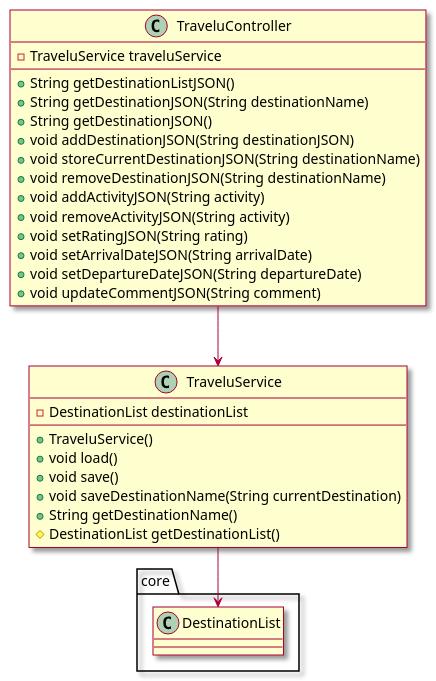
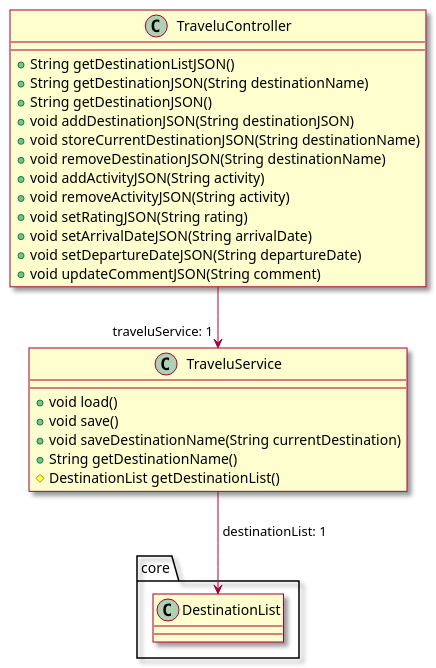
The diagram in docs/classDiagramRest.puml (tbwiik/Travelu), drawn with PlantUML before and after one commit. The commit also changed 3 other files, not shown here.

```diff
--- a/docs/classDiagramRest.puml
+++ b/docs/classDiagramRest.puml
@@ -1,36 +1,33 @@
 @startuml cdRest
 skin rose
 
 class TraveluController {
-    - TraveluService traveluService
     + String getDestinationListJSON()
     + String getDestinationJSON(String destinationName)
     + String getDestinationJSON()
     + void addDestinationJSON(String destinationJSON)
     + void storeCurrentDestinationJSON(String destinationName)
     + void removeDestinationJSON(String destinationName)
     + void addActivityJSON(String activity)
     + void removeActivityJSON(String activity)
     + void setRatingJSON(String rating)
     + void setArrivalDateJSON(String arrivalDate)
     + void setDepartureDateJSON(String departureDate)
     + void updateCommentJSON(String comment)
 }
 
 class TraveluService {
-    - DestinationList destinationList
-    + TraveluService()
     + void load()
     + void save()
     + void saveDestinationName(String currentDestination)
     + String getDestinationName()
     # DestinationList getDestinationList()    
 }
 
 package core {
     class DestinationList
 }
 
-TraveluController --> TraveluService
-TraveluService --> DestinationList
+TraveluController --> "traveluService: 1" TraveluService
+TraveluService --> DestinationList : " destinationList: 1"
 @enduml
```
